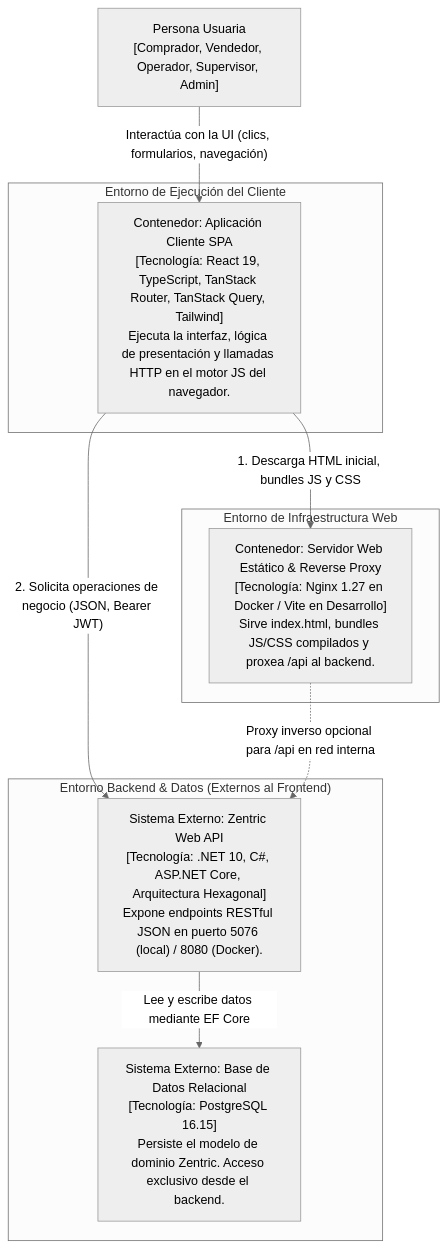
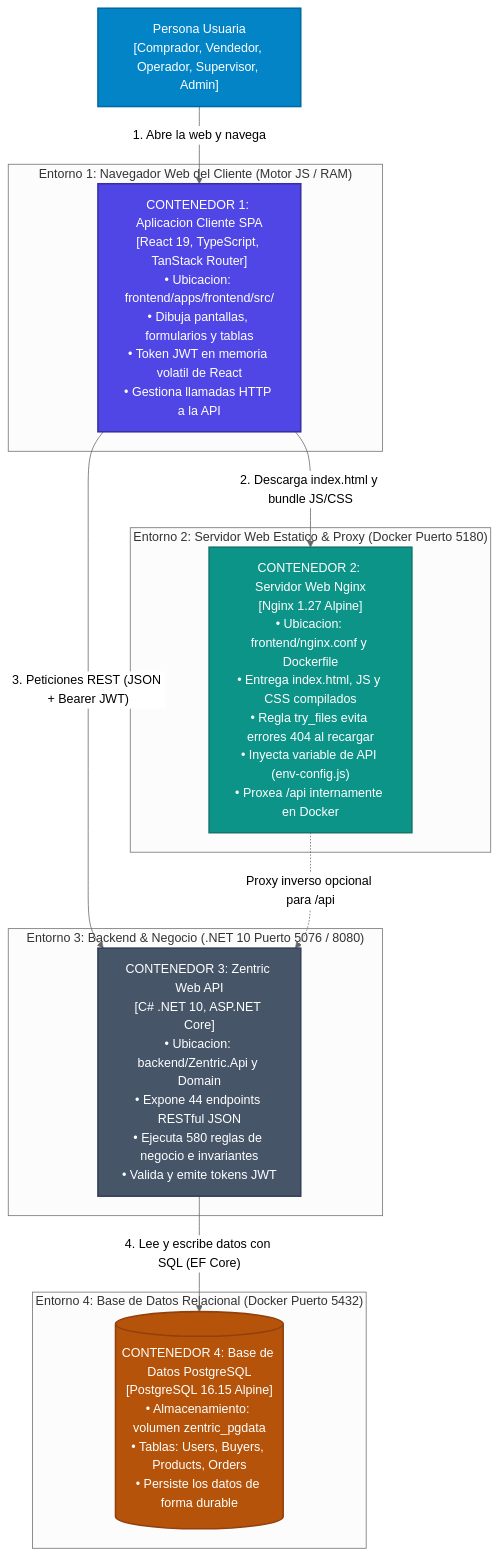
Before and after one commit to D-MachadoDev/Zentric: the diagram in frontendSDD/C4-2-Contenedores.md, drawn with Mermaid (neutral theme). The commit also changed 1 other file, not shown here.

Commit message:
docs(c4): clarify context and container diagrams with runtime boundaries and color coding

````diff
--- a/frontendSDD/C4-2-Contenedores.md
+++ b/frontendSDD/C4-2-Contenedores.md
@@ -17,23 +17,38 @@
 ```mermaid
 flowchart TB
   user["Persona Usuaria<br/>[Comprador, Vendedor, Operador, Supervisor, Admin]"]
 
-  subgraph clientEnv["Entorno de Ejecución del Cliente"]
-    browser["Contenedor: Aplicación Cliente SPA<br/>[Tecnología: React 19, TypeScript, TanStack Router, TanStack Query, Tailwind]<br/>Ejecuta la interfaz, lógica de presentación y llamadas HTTP en el motor JS del navegador."]
+  subgraph boundaryBrowser["Entorno 1: Navegador Web del Cliente (Motor JS / RAM)"]
+    spa["CONTENEDOR 1: Aplicacion Cliente SPA<br/>[React 19, TypeScript, TanStack Router]<br/>• Ubicacion: frontend/apps/frontend/src/<br/>• Dibuja pantallas, formularios y tablas<br/>• Token JWT en memoria volatil de React<br/>• Gestiona llamadas HTTP a la API"]
   end
 
-  subgraph serverEnv["Entorno de Infraestructura Web"]
-    staticServer["Contenedor: Servidor Web Estático & Reverse Proxy<br/>[Tecnología: Nginx 1.27 en Docker / Vite en Desarrollo]<br/>Sirve index.html, bundles JS/CSS compilados y proxea /api al backend."]
+  subgraph boundaryNginx["Entorno 2: Servidor Web Estatico & Proxy (Docker Puerto 5180)"]
+    nginx["CONTENEDOR 2: Servidor Web Nginx<br/>[Nginx 1.27 Alpine]<br/>• Ubicacion: frontend/nginx.conf y Dockerfile<br/>• Entrega index.html, JS y CSS compilados<br/>• Regla try_files evita errores 404 al recargar<br/>• Inyecta variable de API (env-config.js)<br/>• Proxea /api internamente en Docker"]
   end
 
-  subgraph backendEnv["Entorno Backend & Datos (Externos al Frontend)"]
-    api["Sistema Externo: Zentric Web API<br/>[Tecnología: .NET 10, C#, ASP.NET Core, Arquitectura Hexagonal]<br/>Expone endpoints RESTful JSON en puerto 5076 (local) / 8080 (Docker)."]
-    db["Sistema Externo: Base de Datos Relacional<br/>[Tecnología: PostgreSQL 16.15]<br/>Persiste el modelo de dominio Zentric. Acceso exclusivo desde el backend."]
+  subgraph boundaryBackend["Entorno 3: Backend & Negocio (.NET 10 Puerto 5076 / 8080)"]
+    api["CONTENEDOR 3: Zentric Web API<br/>[C# .NET 10, ASP.NET Core]<br/>• Ubicacion: backend/Zentric.Api y Domain<br/>• Expone 44 endpoints RESTful JSON<br/>• Ejecuta 580 reglas de negocio e invariantes<br/>• Valida y emite tokens JWT"]
   end
 
-  user -->|"Interactúa con la UI (clics, formularios, navegación)"| browser
-  browser -->|"1. Descarga HTML inicial, bundles JS y CSS"| staticServer
-  browser -->|"2. Solicita operaciones de negocio (JSON, Bearer JWT)"| api
-  staticServer -.->|"Proxy inverso opcional para /api en red interna"| api
-  api -->|"Lee y escribe datos mediante EF Core"| db
+  subgraph boundaryDatabase["Entorno 4: Base de Datos Relacional (Docker Puerto 5432)"]
+    db[("CONTENEDOR 4: Base de Datos PostgreSQL<br/>[PostgreSQL 16.15 Alpine]<br/>• Almacenamiento: volumen zentric_pgdata<br/>• Tablas: Users, Buyers, Products, Orders<br/>• Persiste los datos de forma durable")]
+  end
+
+  user -->|"1. Abre la web y navega"| spa
+  spa -->|"2. Descarga index.html y bundle JS/CSS"| nginx
+  spa -->|"3. Peticiones REST (JSON + Bearer JWT)"| api
+  nginx -.->|"Proxy inverso opcional para /api"| api
+  api -->|"4. Lee y escribe datos con SQL (EF Core)"| db
+
+  classDef person fill:#0284c7,stroke:#0369a1,stroke-width:2px,color:#ffffff;
+  classDef spaContainer fill:#4f46e5,stroke:#3730a3,stroke-width:2px,color:#ffffff;
+  classDef webContainer fill:#0d9488,stroke:#0f766e,stroke-width:2px,color:#ffffff;
+  classDef apiContainer fill:#475569,stroke:#334155,stroke-width:2px,color:#ffffff;
+  classDef dbContainer fill:#b45309,stroke:#92400e,stroke-width:2px,color:#ffffff;
+
+  class user person;
+  class spa spaContainer;
+  class nginx webContainer;
+  class api apiContainer;
+  class db dbContainer;
 ```
````
